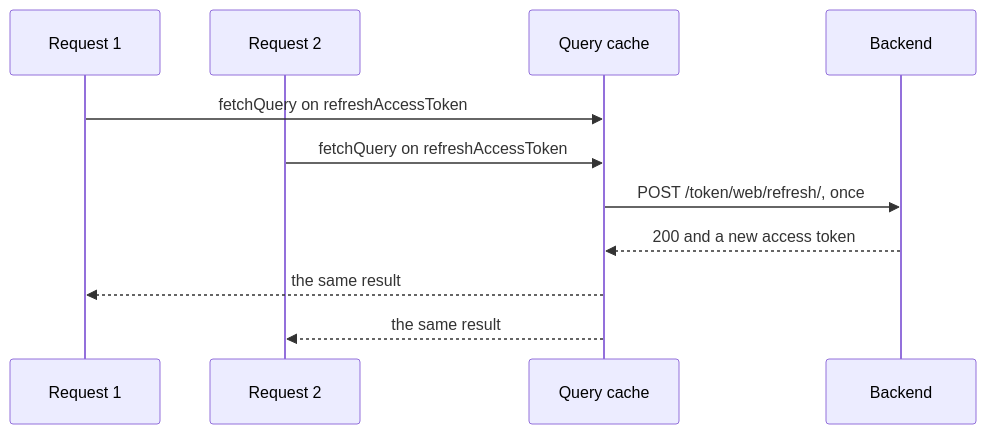
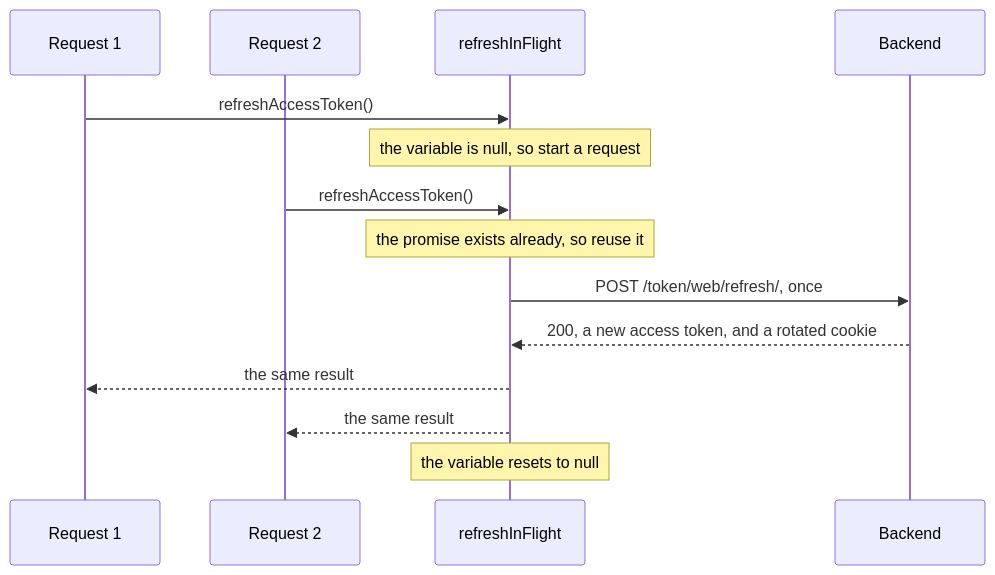
Before and after one commit to floels/pinit: the fourth of 4 diagrams in web/doc/authentication.md, drawn with Mermaid. The commit also changed other lines of this file and 28 other files, not shown here.

First line of the commit message:
refactor(web): own the access token in state, not in the query cache

````diff
--- a/web/doc/authentication.md
+++ b/web/doc/authentication.md
@@ -247,14 +240,17 @@
 ```mermaid
 sequenceDiagram
     participant R1 as Request 1
     participant R2 as Request 2
-    participant Q as Query cache
+    participant P as refreshInFlight
     participant B as Backend
 
-    R1->>Q: fetchQuery on refreshAccessToken
-    R2->>Q: fetchQuery on refreshAccessToken
-    Q->>B: POST /token/web/refresh/, once
-    B-->>Q: 200 and a new access token
-    Q-->>R1: the same result
-    Q-->>R2: the same result
+    R1->>P: refreshAccessToken()
+    Note over P: the variable is null, so start a request
+    R2->>P: refreshAccessToken()
+    Note over P: the promise exists already, so reuse it
+    P->>B: POST /token/web/refresh/, once
+    B-->>P: 200, a new access token, and a rotated cookie
+    P-->>R1: the same result
+    P-->>R2: the same result
+    Note over P: the variable resets to null
 ```
````
